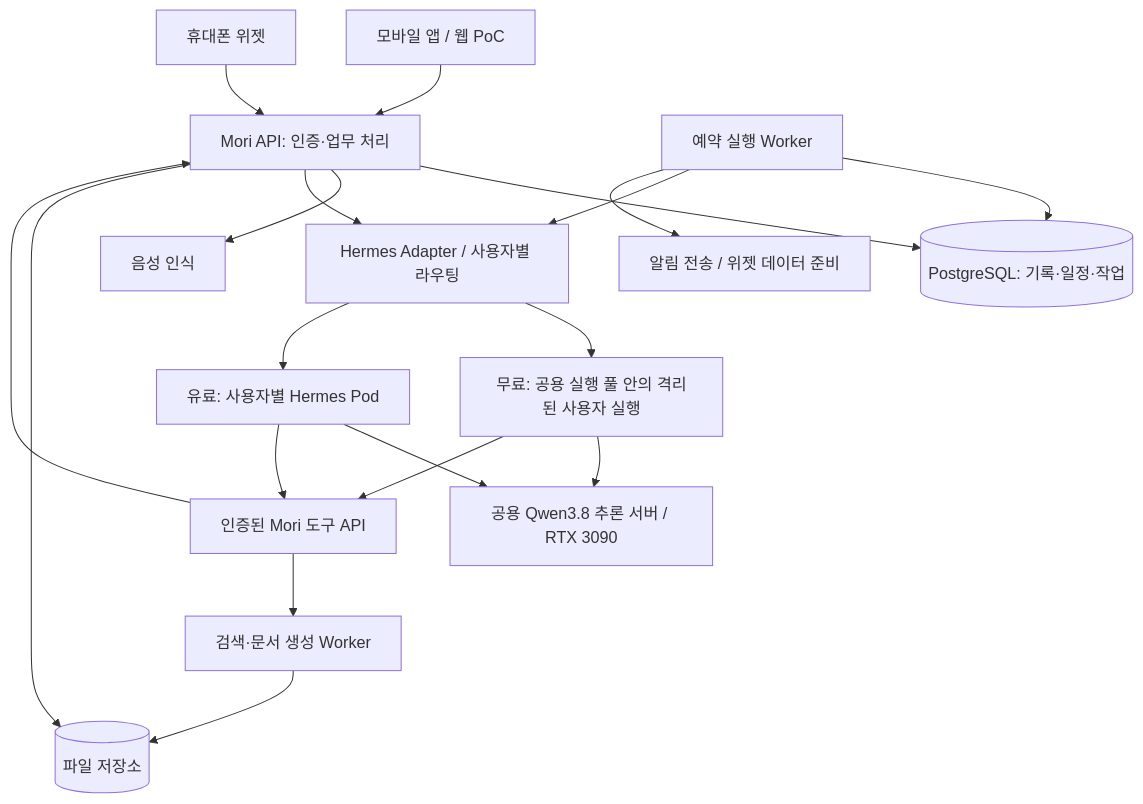
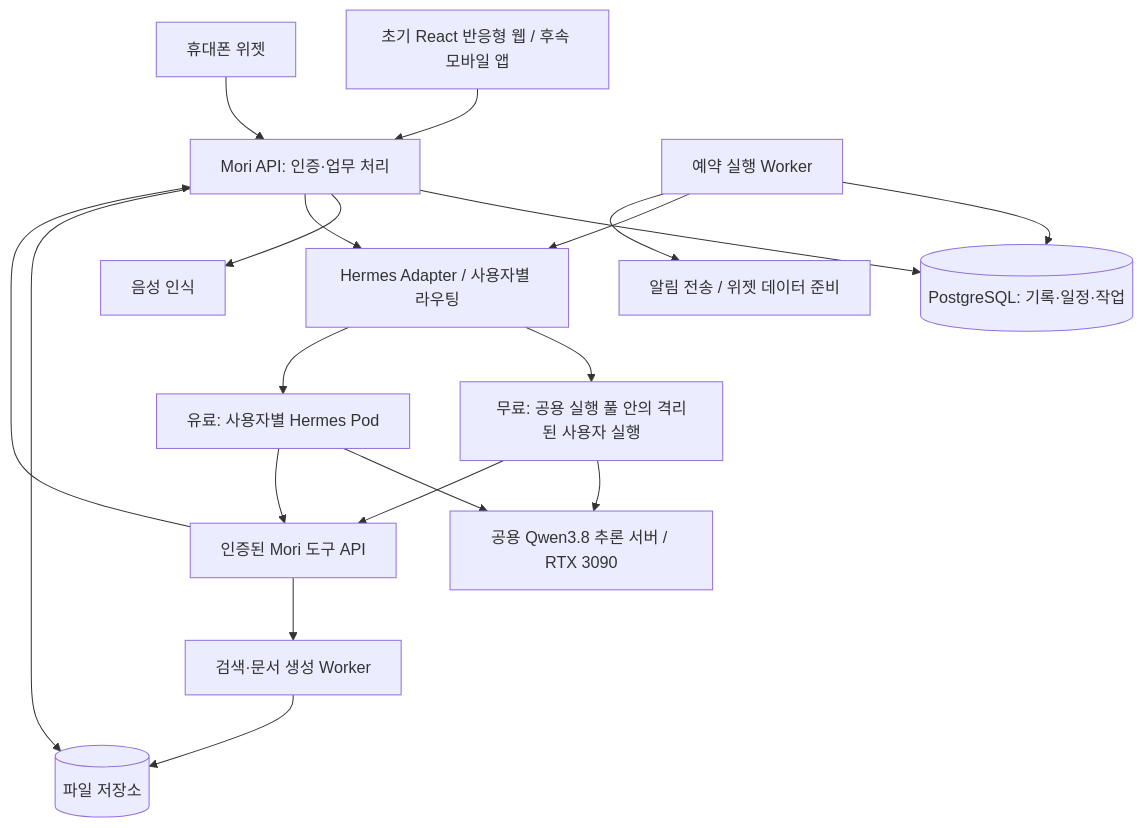
Before and after one commit to dong7314/mori: the diagram in architecture/plan.md, drawn with Mermaid. The commit also changed other lines of this file and 3 other files, not shown here.

Commit message:
docs: clarify React web and mobile app roadmap

````diff
--- a/architecture/plan.md
+++ b/architecture/plan.md
@@ -9,21 +9,21 @@
 ```mermaid
 flowchart TD
-    App[모바일 앱 / 웹 PoC] --> API[Mori API: 인증·업무 처리]
+    App[초기 React 반응형 웹 / 후속 모바일 앱] --> API[Mori API: 인증·업무 처리]
     Widget[휴대폰 위젯] --> API
     API --> DB[(PostgreSQL: 기록·일정·작업)]
     API --> STT[음성 인식]
     API --> Router[Hermes Adapter / 사용자별 라우팅]
     Scheduler[예약 실행 Worker] --> DB
     Scheduler --> Router
     Scheduler --> Notify[알림 전송 / 위젯 데이터 준비]
     Router --> Shared[무료: 공용 실행 풀 안의 격리된 사용자 실행]
     Router --> Dedicated[유료: 사용자별 Hermes Pod]
     Shared --> LLM[공용 Qwen3.8 추론 서버 / RTX 3090]
     Dedicated --> LLM
     Shared --> Tools[인증된 Mori 도구 API]
     Dedicated --> Tools
     Tools --> API
     Tools --> Jobs[검색·문서 생성 Worker]
     Jobs --> Files[(파일 저장소)]
     API --> Files
 ```
````
